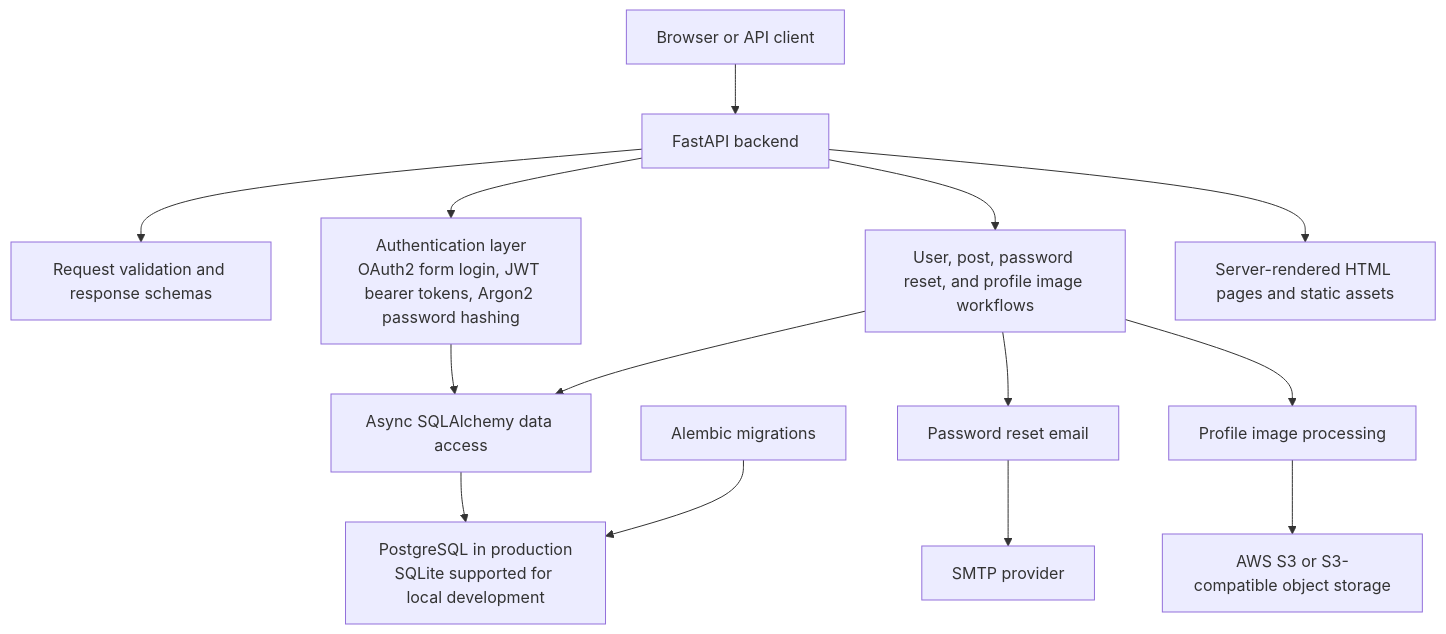
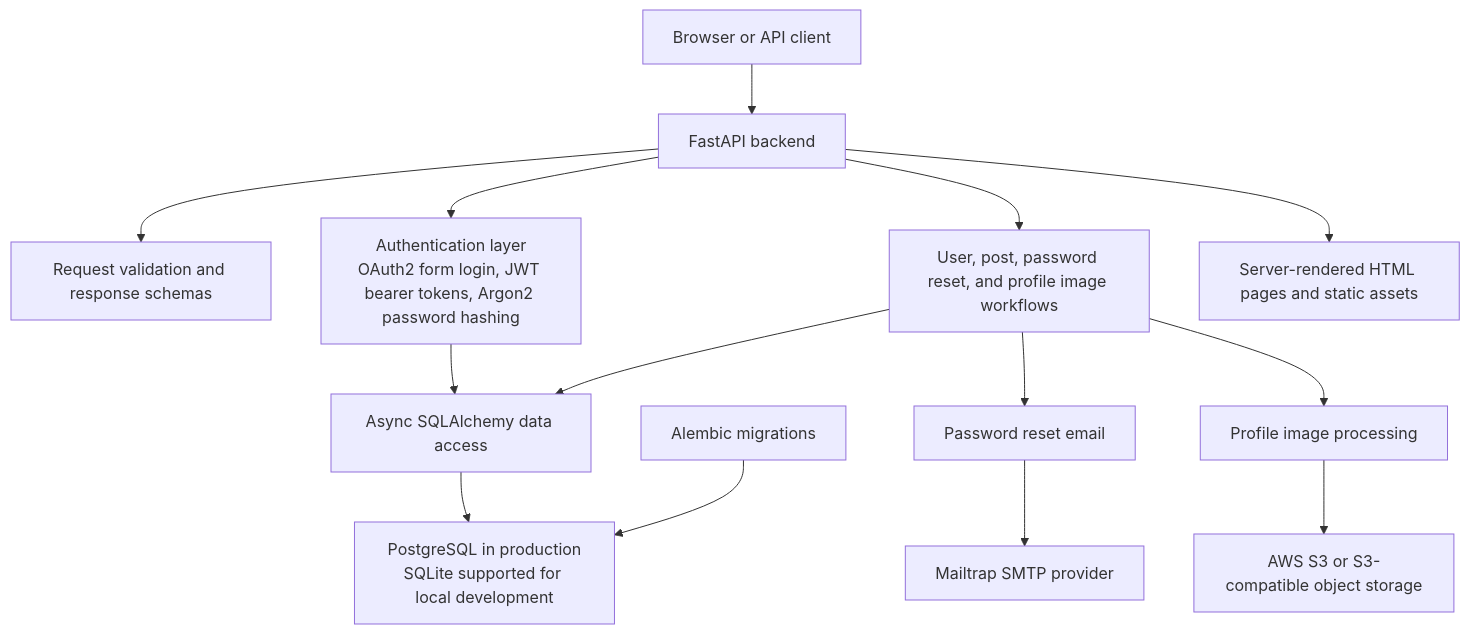
The diagram in README.md (Aswin-K-V/fastAPI-webapp), drawn with Mermaid before and after one commit. The commit also changed other lines of this file, not shown here.

````diff
--- a/README.md
+++ b/README.md
@@ -144,33 +144,33 @@
 ```mermaid
 flowchart TD
     Client["Browser or API client"]
     FastAPI["FastAPI backend"]
     Validation["Request validation and response schemas"]
     Auth["Authentication layer<br/>OAuth2 form login, JWT bearer tokens, Argon2 password hashing"]
     Domain["User, post, password reset, and profile image workflows"]
     DBLayer["Async SQLAlchemy data access"]
     Migrations["Alembic migrations"]
     Database["PostgreSQL in production<br/>SQLite supported for local development"]
     Email["Password reset email"]
-    SMTP["SMTP provider"]
+    SMTP["Mailtrap SMTP provider"]
     Images["Profile image processing"]
     S3["AWS S3 or S3-compatible object storage"]
     Pages["Server-rendered HTML pages and static assets"]
 
     Client --> FastAPI
     FastAPI --> Validation
     FastAPI --> Auth
     FastAPI --> Domain
     FastAPI --> Pages
 
     Auth --> DBLayer
     Domain --> DBLayer
     DBLayer --> Database
     Migrations --> Database
 
     Domain --> Email
     Email --> SMTP
 
     Domain --> Images
     Images --> S3
 ```
````
